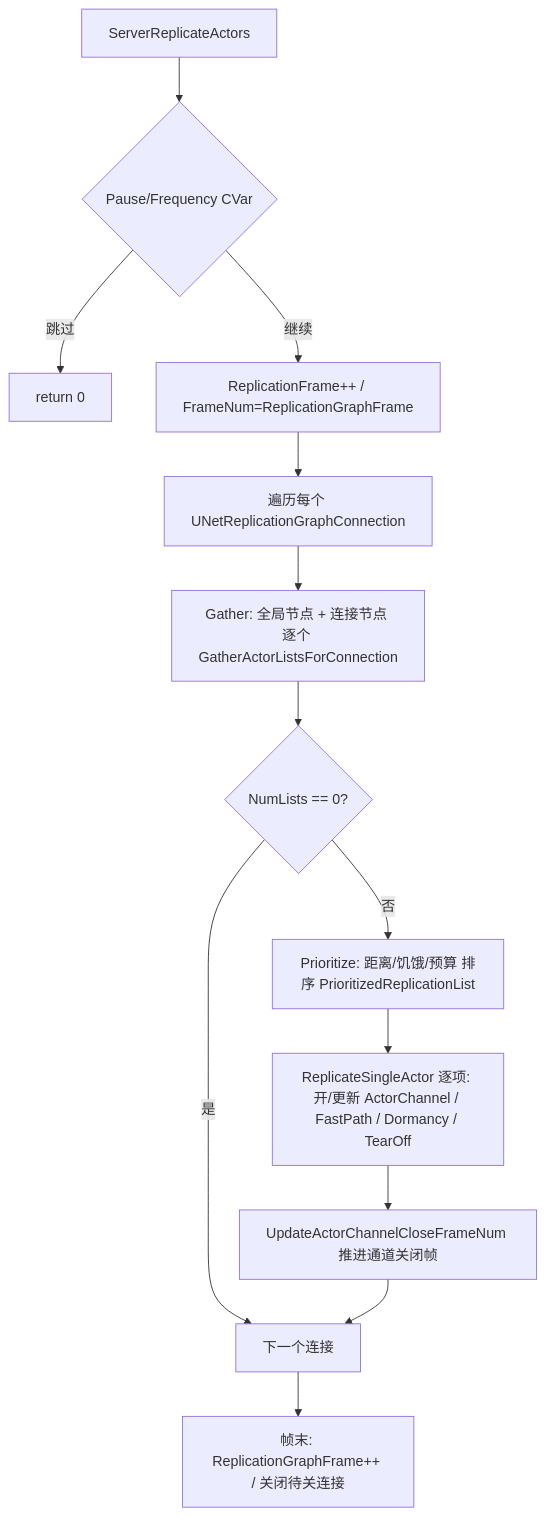
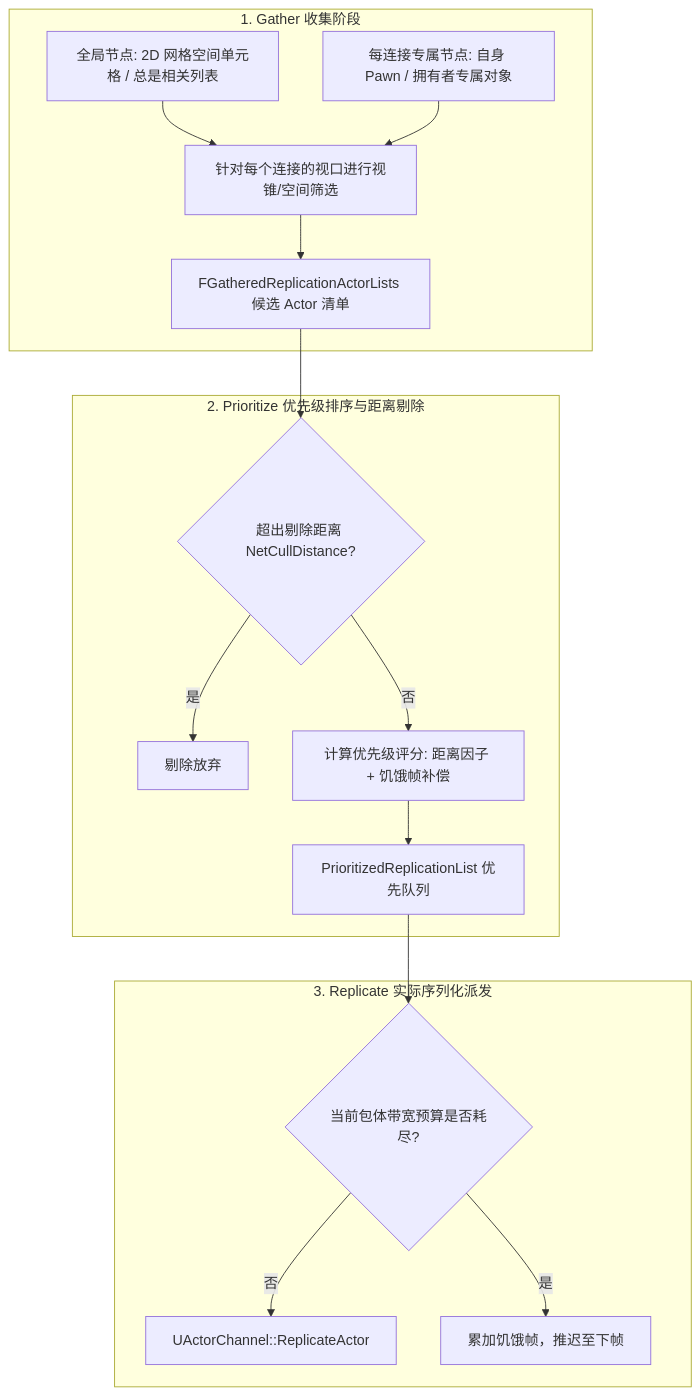
One commit to fantuan812/learning changed the diagram in 游戏知识/12-引擎源码分析/34-ReplicationGraph源码.md. Above: the diagram before and after it, drawn with Mermaid. The commit also changed other lines of this file and 5 other files, not shown here.

````diff
--- a/游戏知识/12-引擎源码分析/34-ReplicationGraph源码.md
+++ b/游戏知识/12-引擎源码分析/34-ReplicationGraph源码.md
@@ -275,15 +37,21 @@
 ```mermaid
 flowchart TD
-    S[ServerReplicateActors] --> P{Pause/Frequency CVar}
-    P -->|跳过| RET[return 0]
-    P -->|继续| F[ReplicationFrame++ / FrameNum=ReplicationGraphFrame]
-    F --> L[遍历每个 UNetReplicationGraphConnection]
-    L --> G[Gather: 全局节点 + 连接节点 逐个 GatherActorListsForConnection]
-    G --> Z{NumLists == 0?}
-    Z -->|是| NEXT[下一个连接]
-    Z -->|否| PRI[Prioritize: 距离/饥饿/预算 排序 PrioritizedReplicationList]
-    PRI --> R[ReplicateSingleActor 逐项: 开/更新 ActorChannel / FastPath / Dormancy / TearOff]
-    R --> U[UpdateActorChannelCloseFrameNum 推进通道关闭帧]
-    U --> NEXT
-    NEXT --> E[帧末: ReplicationGraphFrame++ / 关闭待关连接]
+    subgraph Phase1[1. Gather 收集阶段]
+        GlobalNodes[全局节点: 2D 网格空间单元格 / 总是相关列表] --> ConnGather[针对每个连接的视口进行视锥/空间筛选]
+        ConnNodes[每连接专属节点: 自身 Pawn / 拥有者专属对象] --> ConnGather
+        ConnGather --> RawList[FGatheredReplicationActorLists 候选 Actor 清单]
+    end
+
+    subgraph Phase2[2. Prioritize 优先级排序与距离剔除]
+        RawList --> DistCull{超出剔除距离 NetCullDistance?}
+        DistCull -- 是 --> Culled[剔除放弃]
+        DistCull -- 否 --> Score[计算优先级评分: 距离因子 + 饥饿帧补偿]
+        Score --> PriList[PrioritizedReplicationList 优先队列]
+    end
+
+    subgraph Phase3[3. Replicate 实际序列化派发]
+        PriList --> BudgetCheck{当前包体带宽预算是否耗尽?}
+        BudgetCheck -- 否 --> RepSingle[UActorChannel::ReplicateActor]
+        BudgetCheck -- 是 --> Starve[累加饥饿帧，推迟至下帧]
+    end
 ```
````
